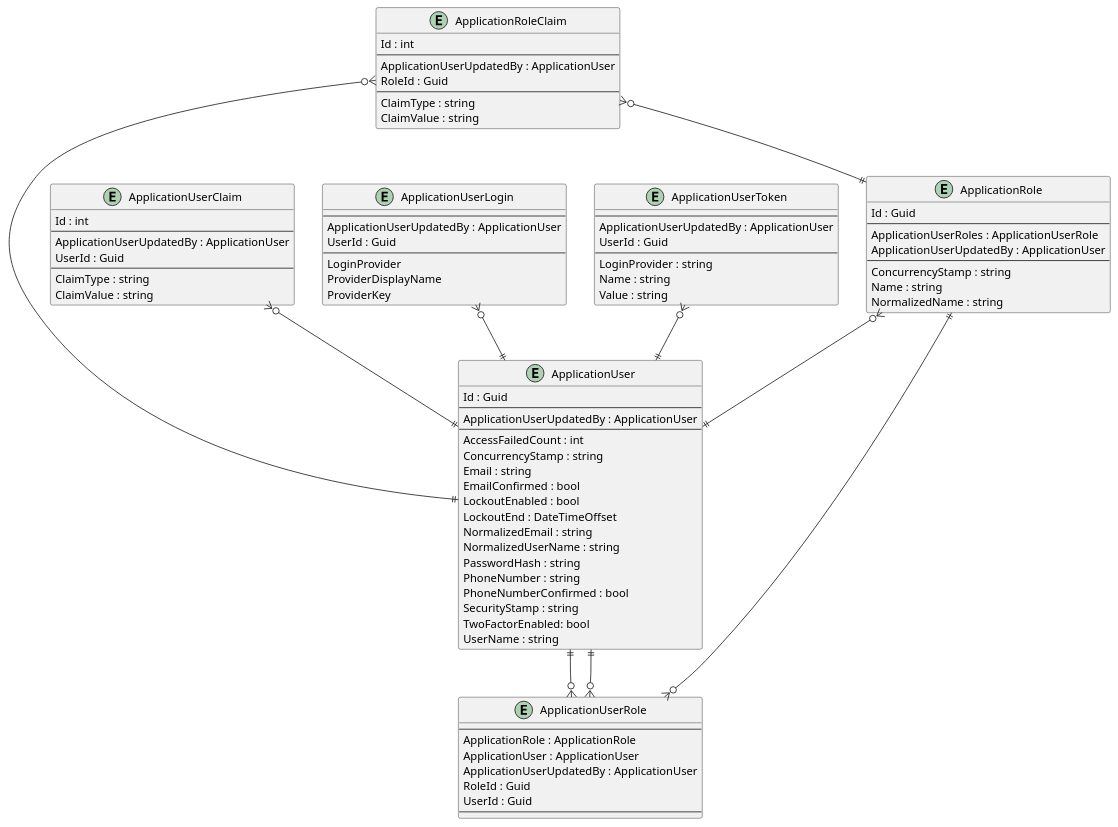
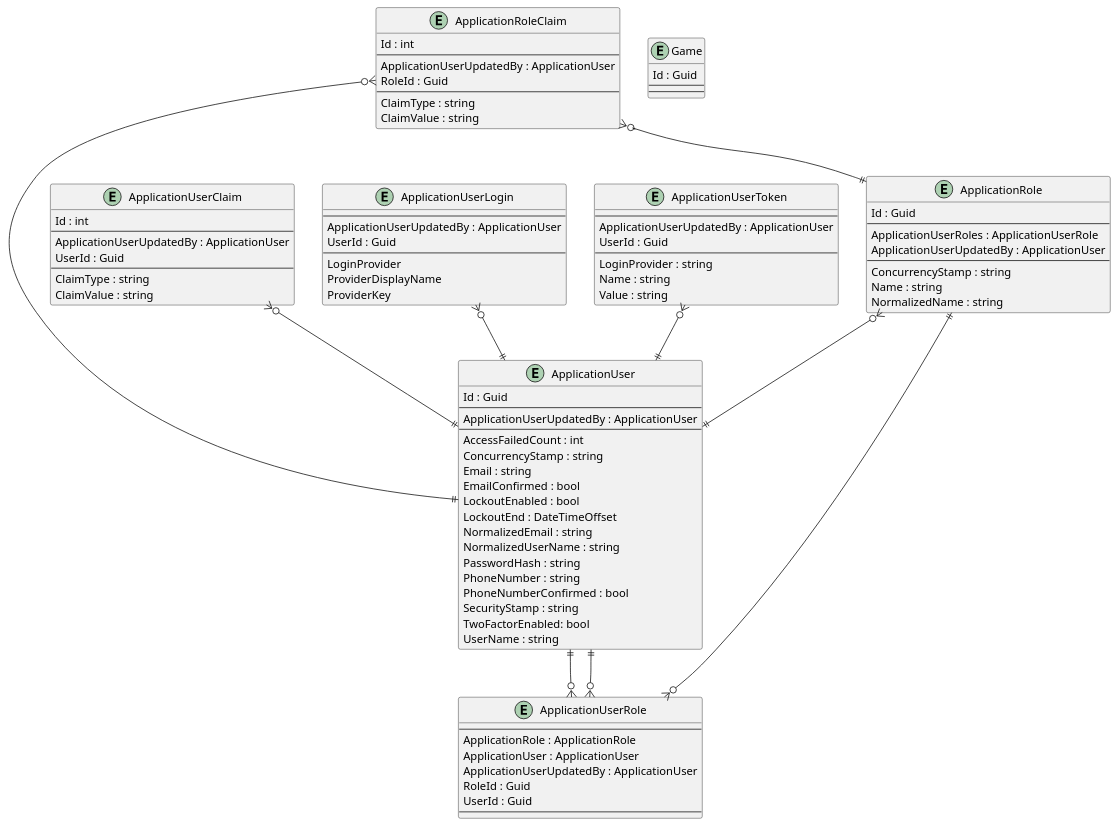
The diagram in .docs/BlazorCrudDotNet8.pu (intrepion/https-www.youtube.com-watch-v-w8imy7LT9zY), drawn with PlantUML before and after one commit.

Commit message:
gawk -i inplace "{ gsub(/' EntityCodePlaceholder/, \"entity Game {\n\ \ \ \ Id : Guid\n\ \ \ \ --\n\ \ \ \ ' KeyCodePlaceholder\n\ \ \ \ --\n\ \ \ \ ' PropertyCodePlaceholder\n}\n\n' EntityCodePlaceholder\") }; { print }" .docs/BlazorCrudDotNet8.pu

```diff
--- a/.docs/BlazorCrudDotNet8.pu
+++ b/.docs/BlazorCrudDotNet8.pu
@@ -1,101 +1,109 @@
 @startuml
 
 entity ApplicationRole {
     Id : Guid
     --
     ApplicationUserRoles : ApplicationUserRole
     ApplicationUserUpdatedBy : ApplicationUser
     --
     ConcurrencyStamp : string
     Name : string
     NormalizedName : string
 }
 
 entity ApplicationRoleClaim {
     Id : int
     --
     ApplicationUserUpdatedBy : ApplicationUser
     RoleId : Guid
     --
     ClaimType : string
     ClaimValue : string
 }
 
 entity ApplicationUser {
     Id : Guid
     --
     ApplicationUserUpdatedBy : ApplicationUser
     ' ApplicationUserKeyCodePlaceholder
     --
     AccessFailedCount : int
     ConcurrencyStamp : string
     Email : string
     EmailConfirmed : bool
     LockoutEnabled : bool
     LockoutEnd : DateTimeOffset
     NormalizedEmail : string
     NormalizedUserName : string
     PasswordHash : string
     PhoneNumber : string
     PhoneNumberConfirmed : bool
     SecurityStamp : string
     TwoFactorEnabled: bool
     UserName : string
     ' ApplicationUserPropertyCodePlaceholder
 }
 
 entity ApplicationUserClaim {
     Id : int
     --
     ApplicationUserUpdatedBy : ApplicationUser
     UserId : Guid
     --
     ClaimType : string
     ClaimValue : string
 }
 
 entity ApplicationUserLogin {
     --
     ApplicationUserUpdatedBy : ApplicationUser
     UserId : Guid
     --
     LoginProvider
     ProviderDisplayName
     ProviderKey
 }
 
 entity ApplicationUserRole {
     --
     ApplicationRole : ApplicationRole
     ApplicationUser : ApplicationUser
     ApplicationUserUpdatedBy : ApplicationUser
     RoleId : Guid
     UserId : Guid
     --
 }
 
 entity ApplicationUserToken {
     --
     ApplicationUserUpdatedBy : ApplicationUser
     UserId : Guid
     --
     LoginProvider : string
     Name : string
     Value : string
 }
 
+entity Game {
+    Id : Guid
+    --
+    ' KeyCodePlaceholder
+    --
+    ' PropertyCodePlaceholder
+}
+
 ' EntityCodePlaceholder
 
 ApplicationRole ||--o{ ApplicationUserRole
 ApplicationRole }o--|| ApplicationUser
 ApplicationRoleClaim }o--|| ApplicationRole
 ApplicationRoleClaim }o--|| ApplicationUser
 ApplicationUser ||--o{ ApplicationUserRole
 ApplicationUserClaim }o--|| ApplicationUser
 ApplicationUserLogin }o--|| ApplicationUser
 ApplicationUserRole }o--|| ApplicationUser
 ApplicationUserToken }o--|| ApplicationUser
 
 ' RelationshipCodePlaceholder
 
 @enduml
```
